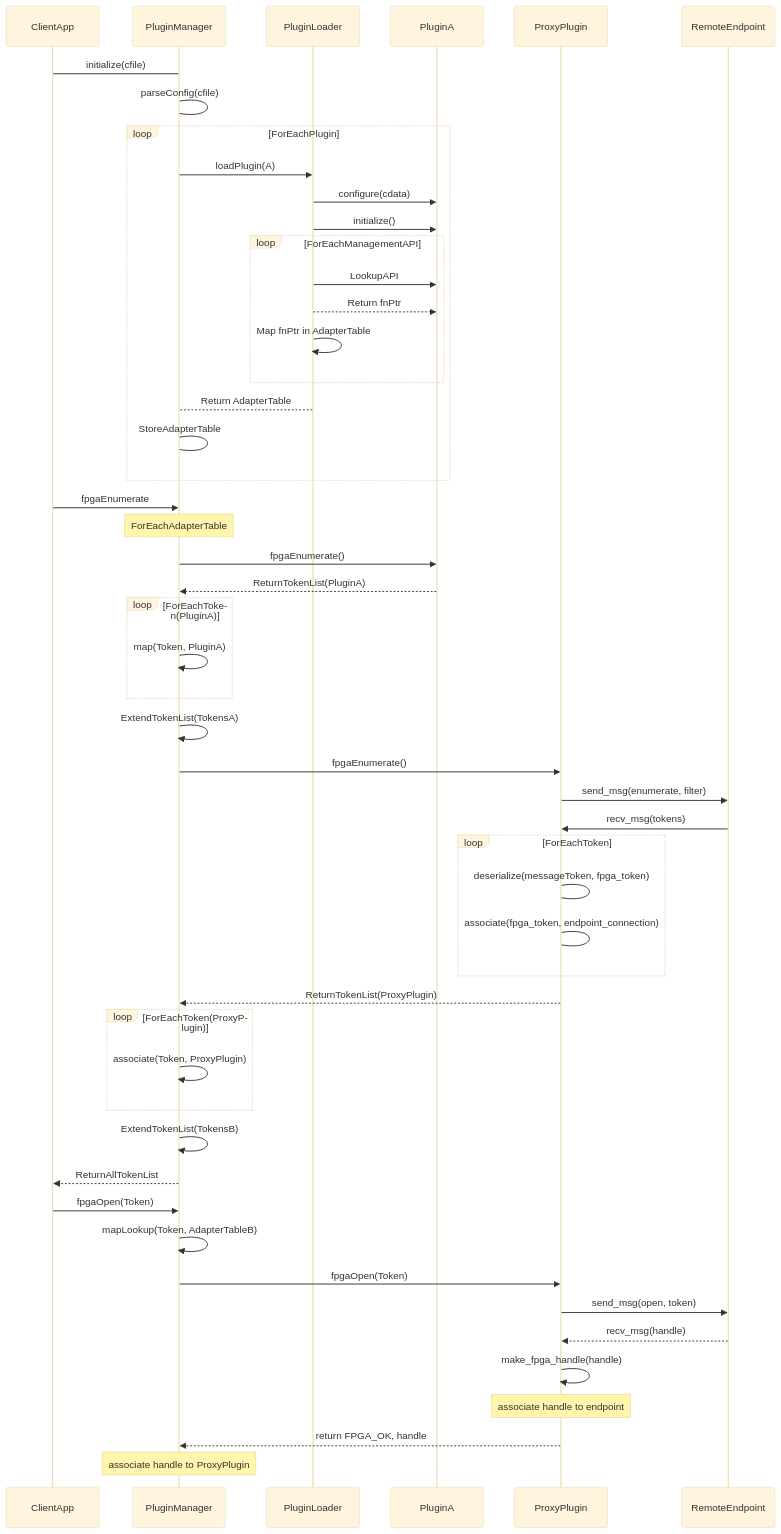
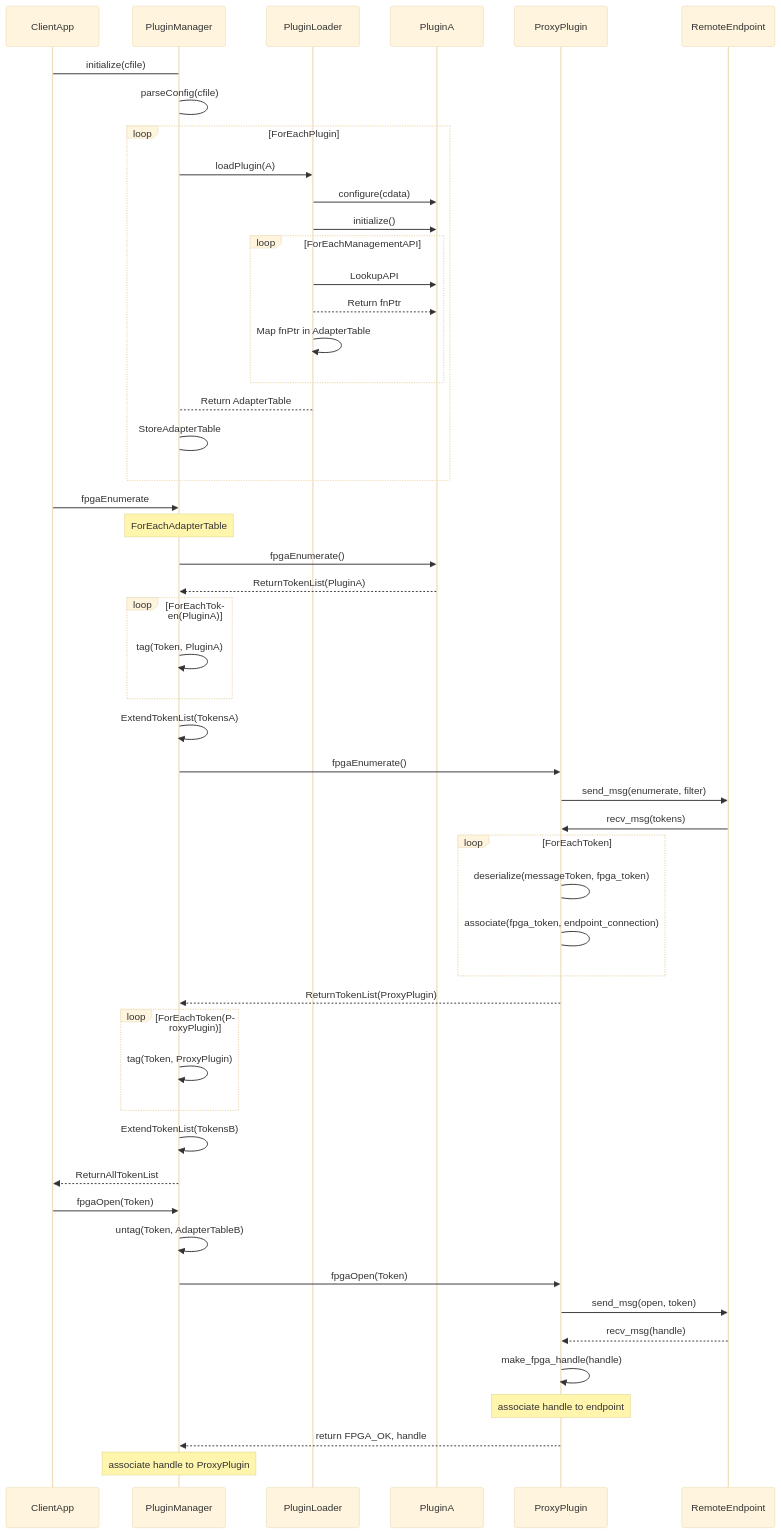
Before and after one commit to OFS/opae-sdk: the diagram in plugin/README.md, drawn with Mermaid (base theme). The commit also changed other lines of this file, not shown here.

````diff
--- a/plugin/README.md
+++ b/plugin/README.md
@@ -54,50 +206,50 @@
 ```mermaid
 sequenceDiagram
     participant ClientApp
     ClientApp->PluginManager: initialize(cfile)
     participant PluginManager
     PluginManager->PluginManager: parseConfig(cfile)
     loop ForEachPlugin
         PluginManager->>PluginLoader: loadPlugin(A)
         PluginLoader->>PluginA: configure(cdata)
         PluginLoader->>PluginA: initialize()
         loop ForEachManagementAPI
             PluginLoader->>PluginA: LookupAPI
             PluginLoader-->>PluginA: Return fnPtr
             PluginLoader->>PluginLoader: Map fnPtr in AdapterTable
         end
         PluginLoader-->PluginManager: Return AdapterTable
         PluginManager->PluginManager: StoreAdapterTable
     end
     ClientApp->>PluginManager: fpgaEnumerate
     Note over PluginManager: ForEachAdapterTable
     PluginManager->>PluginA: fpgaEnumerate()
     PluginA-->>PluginManager: ReturnTokenList(PluginA)
     loop ForEachToken(PluginA)
-        PluginManager->>PluginManager: map(Token, PluginA)
+        PluginManager->>PluginManager: tag(Token, PluginA)
     end
     PluginManager->>PluginManager: ExtendTokenList(TokensA)
     PluginManager->>ProxyPlugin: fpgaEnumerate()
     ProxyPlugin->>RemoteEndpoint: send_msg(enumerate, filter)
     RemoteEndpoint->>ProxyPlugin: recv_msg(tokens)
     loop ForEachToken
         ProxyPlugin->ProxyPlugin:deserialize(messageToken, fpga_token)
         ProxyPlugin->ProxyPlugin:associate(fpga_token, endpoint_connection)
     end
     ProxyPlugin-->>PluginManager: ReturnTokenList(ProxyPlugin)
     loop ForEachToken(ProxyPlugin)
-        PluginManager->>PluginManager: associate(Token, ProxyPlugin)
+        PluginManager->>PluginManager: tag(Token, ProxyPlugin)
     end
     PluginManager->>PluginManager: ExtendTokenList(TokensB)
     PluginManager-->>ClientApp: ReturnAllTokenList
 
     ClientApp->>PluginManager: fpgaOpen(Token)
-    PluginManager->>PluginManager: mapLookup(Token, AdapterTableB)
+    PluginManager->>PluginManager: untag(Token, AdapterTableB)
     PluginManager->>ProxyPlugin: fpgaOpen(Token)
     ProxyPlugin->>RemoteEndpoint: send_msg(open, token)
     RemoteEndpoint-->>ProxyPlugin: recv_msg(handle)
     ProxyPlugin->>ProxyPlugin: make_fpga_handle(handle)
     Note over ProxyPlugin: associate handle to endpoint
     ProxyPlugin-->>PluginManager: return FPGA_OK, handle
     Note over PluginManager: associate handle to ProxyPlugin
 ```
````
